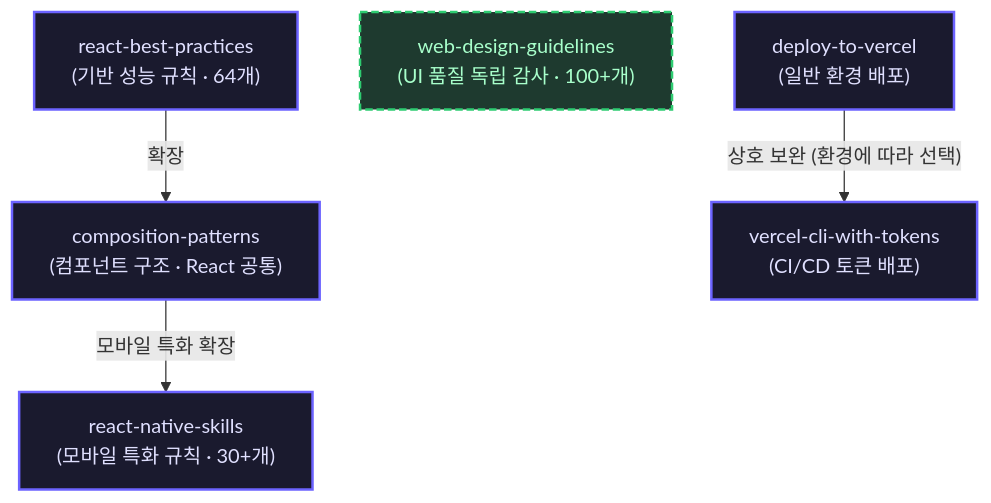
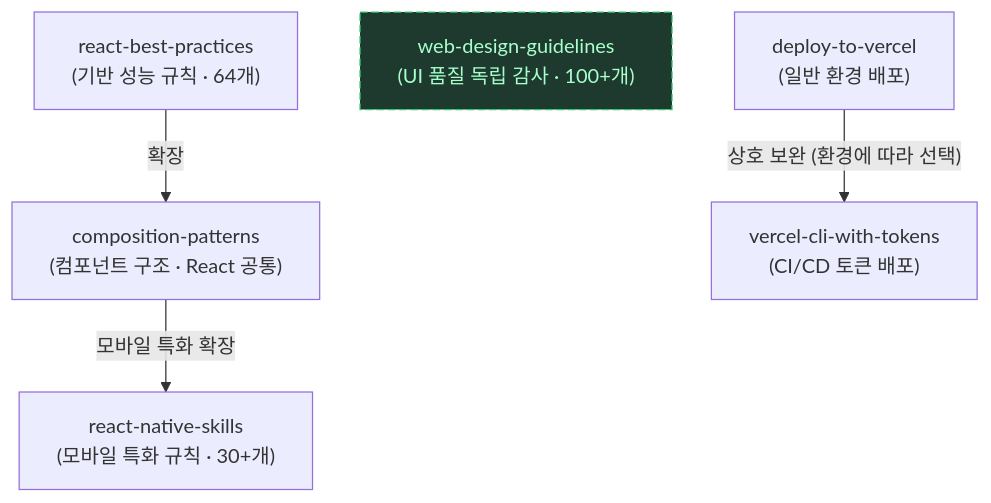
Before and after one commit to terry3838/vercel-agent-skills-guide: the fifth of 5 diagrams in 01-learning-paths.md, drawn with Mermaid. The commit also changed other lines of this file and 5 other files, not shown here.

First line of the commit message:
fix: GitHub Mermaid 렌더러 호환성 오류 수정

````diff
--- a/01-learning-paths.md
+++ b/01-learning-paths.md
@@ -149,17 +149,17 @@
 ```mermaid
 graph TD
     rbp["react-best-practices\n(기반 성능 규칙 · 64개)"]
     cp["composition-patterns\n(컴포넌트 구조 · React 공통)"]
     rns["react-native-skills\n(모바일 특화 규칙 · 30+개)"]
     wdg["web-design-guidelines\n(UI 품질 독립 감사 · 100+개)"]
     dtv["deploy-to-vercel\n(일반 환경 배포)"]
     vct["vercel-cli-with-tokens\n(CI/CD 토큰 배포)"]
 
     rbp -->|"확장"| cp
     cp -->|"모바일 특화 확장"| rns
     wdg:::independent
     dtv -->|"상호 보완 (환경에 따라 선택)"| vct
 
     classDef independent fill:#1e3a2f,color:#a8ffcb,stroke:#2ecc71,stroke-dasharray:6 3
-    classDef default fill:#1a1a2e,color:#e0e0ff,stroke:#6c63ff,stroke-width:2px
+    classDef normal fill:#1a1a2e,color:#e0e0ff,stroke:#6c63ff,stroke-width:2px
 ```
````
